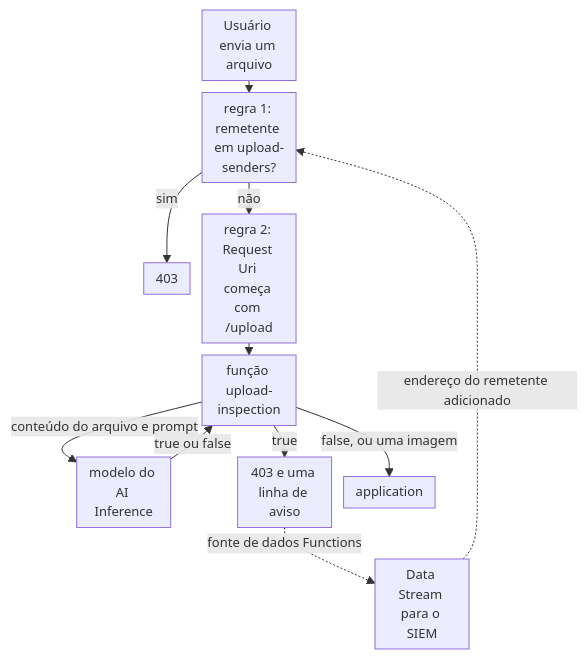
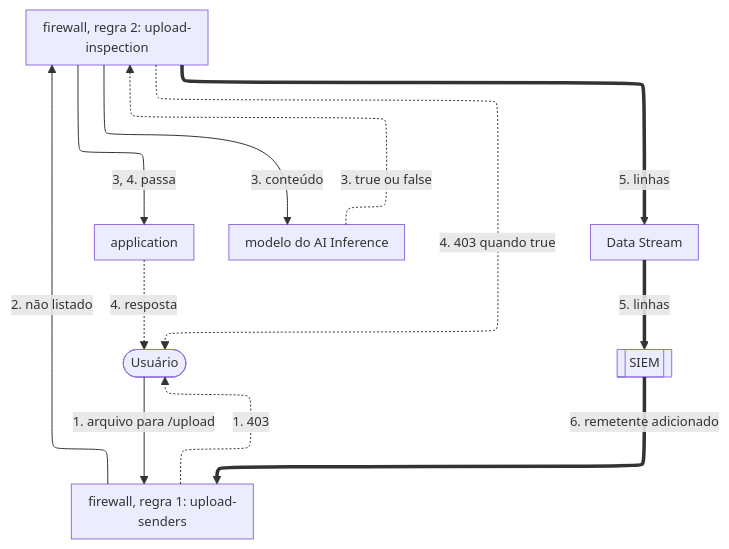
Before and after one commit to aziontech/docs: the diagram in apps/docs/src/content/docs/pt-br/pages/casos-de-uso/proteger-aplicacoes-e-redes/inspecionar-uploads-de-arquivos-em-busca-de-conteudo-malicioso.mdx, drawn with Mermaid. The commit also changed other lines of this file and 55 other files, not shown here.

Commit message:
docs(use-cases): redraw the use-case diagrams with the way back and check their claims (#2509)

````diff
--- a/apps/docs/src/content/docs/pt-br/pages/casos-de-uso/proteger-aplicacoes-e-redes/inspecionar-uploads-de-arquivos-em-busca-de-conteudo-malicioso.mdx
+++ b/apps/docs/src/content/docs/pt-br/pages/casos-de-uso/proteger-aplicacoes-e-redes/inspecionar-uploads-de-arquivos-em-busca-de-conteudo-malicioso.mdx
@@ -42,14 +44,22 @@
 ```mermaid
-%%{init: {"layout": "dagre", "themeVariables": {"fontSize": "13px"}, "flowchart": {"nodeSpacing": 12, "rankSpacing": 12, "padding": 6, "wrappingWidth": 70, "minNodeWidth": 40, "useMaxWidth": true}}}%%
+%%{init: {"layout": "elk", "elk": {"preset": "modelOrder", "keepEntryNodeOnTop": true}, "themeVariables": {"fontSize": "13px"}, "flowchart": {"nodeSpacing": 24, "rankSpacing": 36, "padding": 8, "wrappingWidth": 150, "useMaxWidth": true}, "sequence": {"width": 120, "actorMargin": 30, "useMaxWidth": true}}}%%
 flowchart TD
-  User["Usuário envia um arquivo"] --> List["regra 1: remetente em upload-senders?"]
-  List -->|"sim"| Deny1["403"]
-  List -->|"não"| Rule["regra 2: Request Uri começa com /upload"]
-  Rule --> Fn["função upload-inspection"]
-  Fn -->|"conteúdo do arquivo e prompt"| AI["modelo do AI Inference"]
-  AI -->|"true ou false"| Fn
-  Fn -->|"true"| Deny2["403 e uma linha de aviso"]
-  Fn -->|"false, ou uma imagem"| App["application"]
-  Deny2 -.->|"fonte de dados Functions"| DS["Data Stream para o SIEM"]
-  DS -.->|"endereço do remetente adicionado"| List
+  User(["Usuário"])
+  List["firewall, regra 1: upload-senders"]
+  Fn["firewall, regra 2: upload-inspection"]
+  App["application"]
+  AI["modelo do AI Inference"]
+  DS["Data Stream"]
+  SIEM[["SIEM"]]
+  User -->|"1. arquivo para /upload"| List
+  List -->|"2. não listado"| Fn
+  Fn -->|"3, 4. passa"| App
+  Fn -->|"3. conteúdo"| AI
+  AI -.->|"3. true ou false"| Fn
+  App -.->|"4. resposta"| User
+  List -.->|"1. 403"| User
+  Fn -.->|"4. 403 quando true"| User
+  Fn ==>|"5. linhas"| DS
+  DS ==>|"5. linhas"| SIEM
+  SIEM ==>|"6. remetente adicionado"| List
 ```
````
